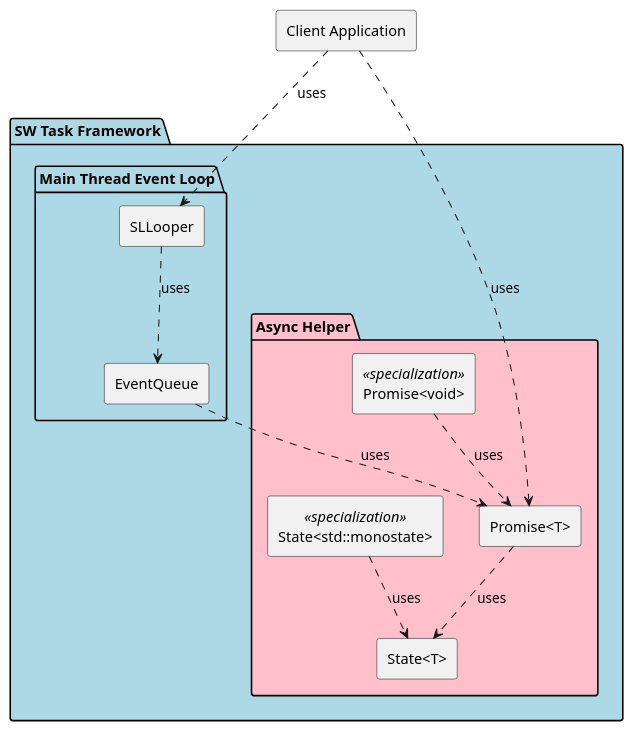
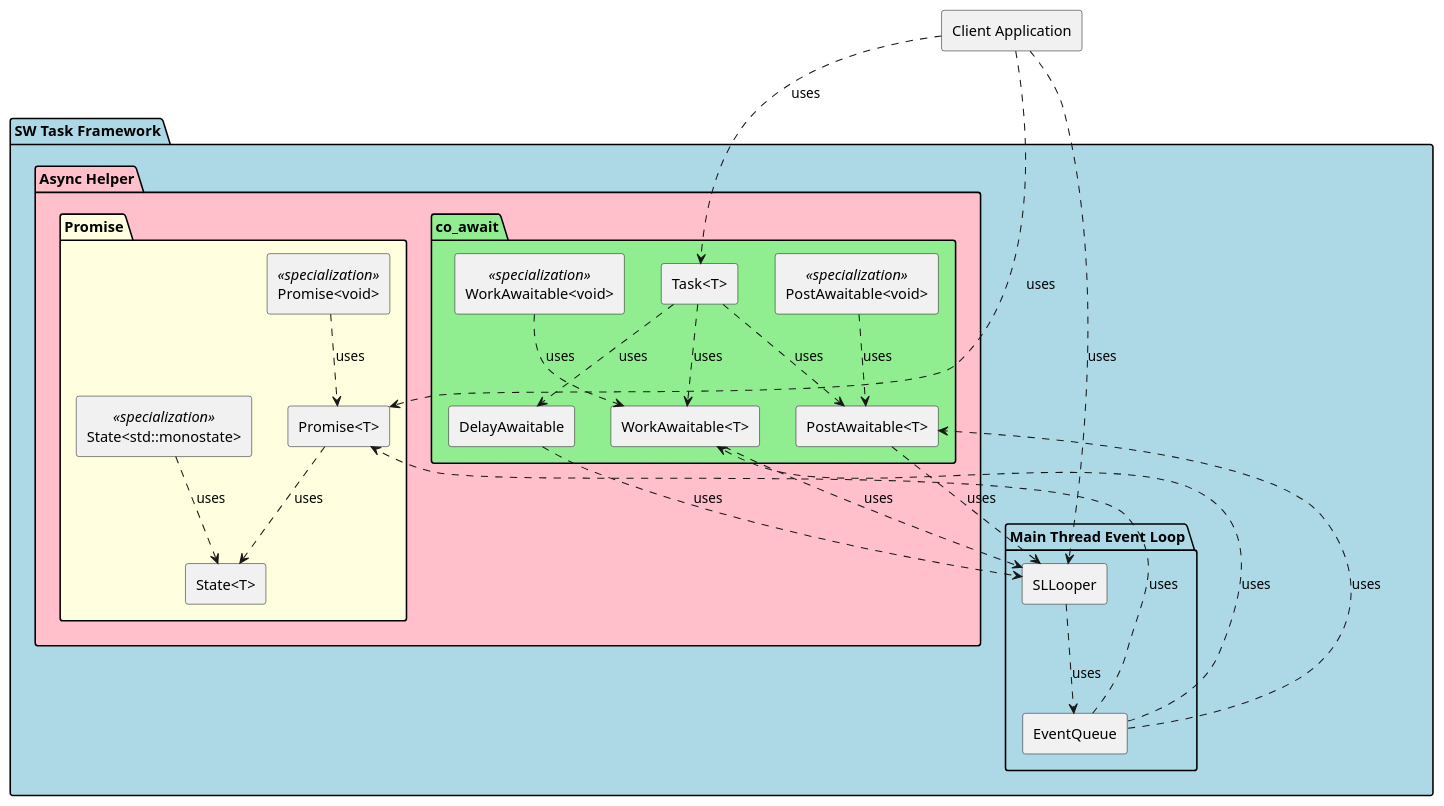
One commit to taikt/sw_task changed the first of 6 diagrams in doc/design/sw_task/performance_b.puml. Above: the diagram before and after it, drawn with PlantUML. The commit also changed other lines of this file and 10 other files, not shown here.

```diff
--- a/doc/design/sw_task/performance_b.puml
+++ b/doc/design/sw_task/performance_b.puml
@@ -4,32 +4,58 @@
 @startuml
 
 rectangle "Client Application" as Client
 
 package "SW Task Framework" #LightBlue {
     
     package "Async Helper" #Pink {
-        rectangle "Promise<T>" as PromiseMgr
-        rectangle "State<T>" as StateMgr
-        rectangle "Promise<void>" as PromiseVoid <<specialization>>
-        rectangle "State<std::monostate>" as StateMono <<specialization>>
+        
+        package "Promise" #LightYellow {
+            rectangle "Promise<T>" as PromiseMgr
+            rectangle "State<T>" as StateMgr
+            rectangle "Promise<void>" as PromiseVoid <<specialization>>
+            rectangle "State<std::monostate>" as StateMono <<specialization>>
+        }
+        
+        package "co_await" #LightGreen {
+            rectangle "Task<T>" as TaskMgr
+            rectangle "WorkAwaitable<T>" as WorkAwaitable
+            rectangle "PostAwaitable<T>" as PostAwaitable
+            rectangle "DelayAwaitable" as DelayAwaitable
+            rectangle "WorkAwaitable<void>" as WorkAwaitableVoid <<specialization>>
+            rectangle "PostAwaitable<void>" as PostAwaitableVoid <<specialization>>
+        }
     }
 
     package "Main Thread Event Loop" {
         rectangle "SLLooper" as Looper
         rectangle "EventQueue" as Queue
     }
 }
 
 ' External relationships - uses dependency only
 Client ..> Looper : uses
 Client ..> PromiseMgr : uses
+Client ..> TaskMgr : uses
 
 ' Internal framework relationships - uses dependency only
 Looper ..> Queue : uses
 Queue ..> PromiseMgr : uses
+Queue ..> WorkAwaitable : uses
+Queue ..> PostAwaitable : uses
 
+' Promise System internal relationships
 PromiseMgr ..> StateMgr : uses
 PromiseVoid ..> PromiseMgr : uses
 StateMono ..> StateMgr : uses
 
+' Co_Await System internal relationships
+TaskMgr ..> WorkAwaitable : uses
+TaskMgr ..> PostAwaitable : uses
+TaskMgr ..> DelayAwaitable : uses
+WorkAwaitable ..> Looper : uses
+PostAwaitable ..> Looper : uses
+DelayAwaitable ..> Looper : uses
+WorkAwaitableVoid ..> WorkAwaitable : uses
+PostAwaitableVoid ..> PostAwaitable : uses
+
 @enduml
```
